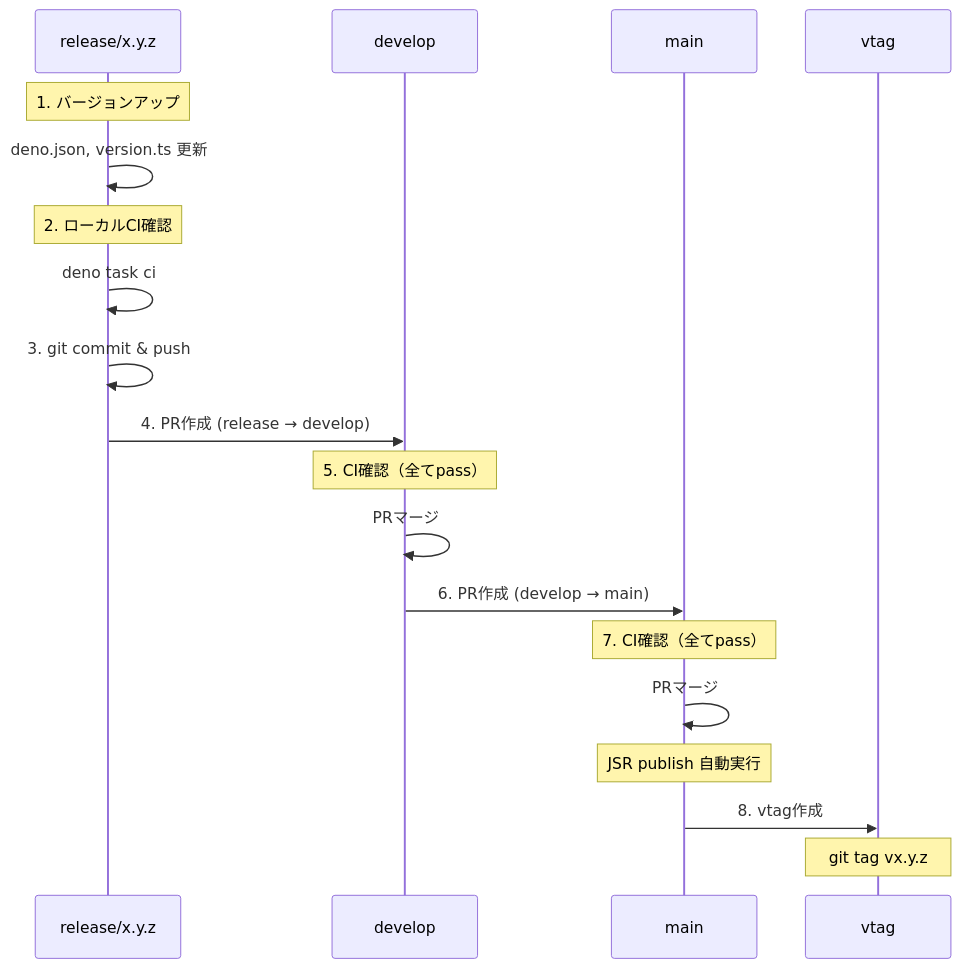
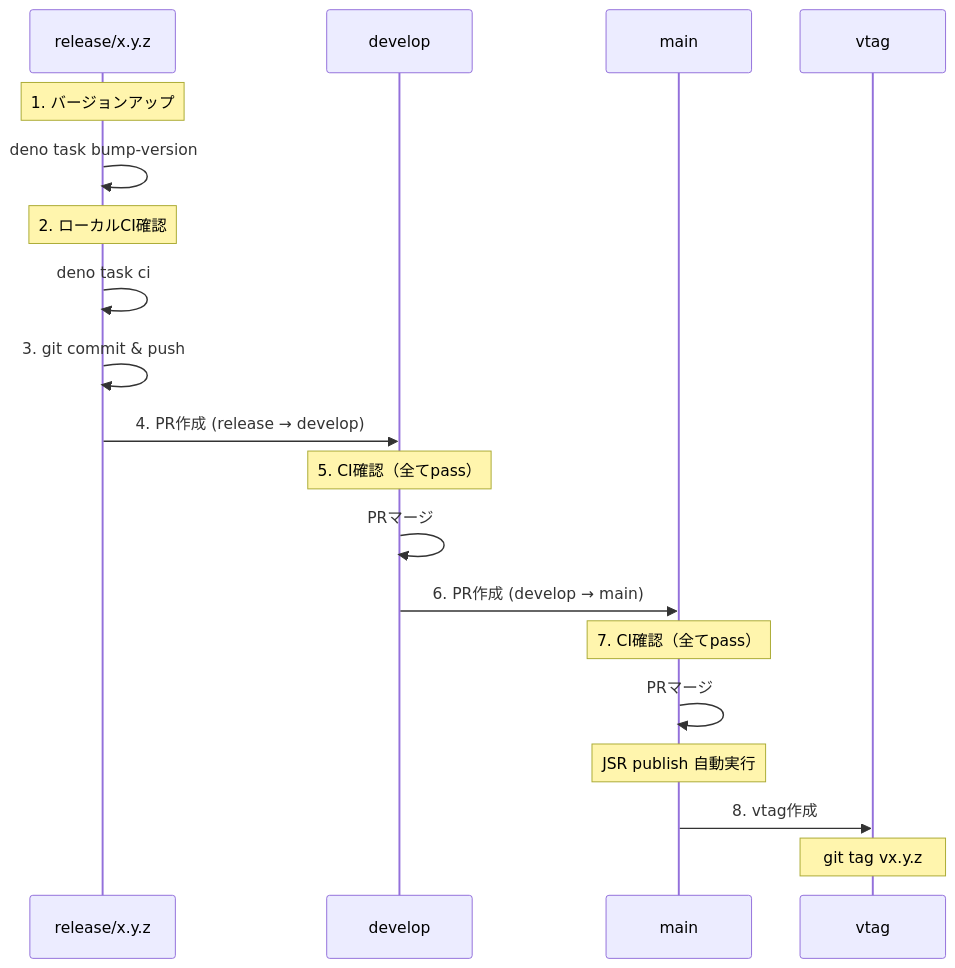
Before and after one commit to tettuan/breakdownlogger: the diagram in .claude/skills/release-procedure/SKILL.md, drawn with Mermaid. The commit also changed other lines of this file, not shown here.

````diff
--- a/.claude/skills/release-procedure/SKILL.md
+++ b/.claude/skills/release-procedure/SKILL.md
@@ -166,25 +141,25 @@
 ```mermaid
 sequenceDiagram
     participant R as release/x.y.z
     participant D as develop
     participant M as main
     participant T as vtag
 
     Note over R: 1. バージョンアップ
-    R->>R: deno.json, version.ts 更新
+    R->>R: deno task bump-version
     Note over R: 2. ローカルCI確認
     R->>R: deno task ci
     R->>R: 3. git commit & push
 
     R->>D: 4. PR作成 (release → develop)
     Note over D: 5. CI確認（全てpass）
     D->>D: PRマージ
 
     D->>M: 6. PR作成 (develop → main)
     Note over M: 7. CI確認（全てpass）
     M->>M: PRマージ
     Note over M: JSR publish 自動実行
 
     M->>T: 8. vtag作成
     Note over T: git tag vx.y.z
 ```
````
